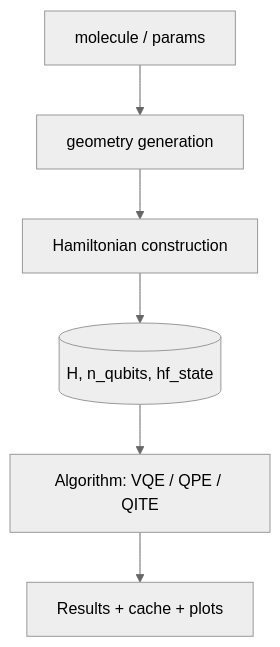
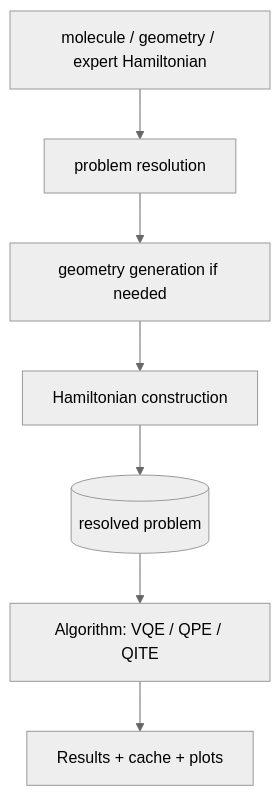
Before and after one commit to SidRichardsQuantum/Variational_Quantum_Eigensolver: the second of 7 diagrams in more_docs/architecture.md, drawn with Mermaid (neutral theme). The commit also changed other lines of this file and 28 other files, not shown here.

````diff
--- a/more_docs/architecture.md
+++ b/more_docs/architecture.md
@@ -79,12 +80,13 @@
 ```mermaid
 flowchart TD
 
-    A[molecule / params]
-    B[geometry generation]
-    C[Hamiltonian construction]
-    D[(H, n_qubits, hf_state)]
-    E[Algorithm: VQE / QPE / QITE]
-    F[Results + cache + plots]
+    A[molecule / geometry / expert Hamiltonian]
+    B[problem resolution]
+    C[geometry generation if needed]
+    D[Hamiltonian construction]
+    E[(resolved problem)]
+    F[Algorithm: VQE / QPE / QITE]
+    G[Results + cache + plots]
 
-    A --> B --> C --> D --> E --> F
+    A --> B --> C --> D --> E --> F --> G
 ```
````
